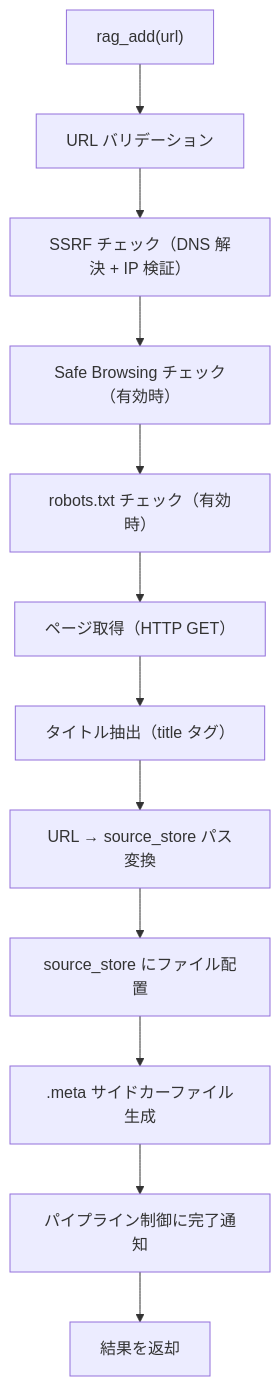
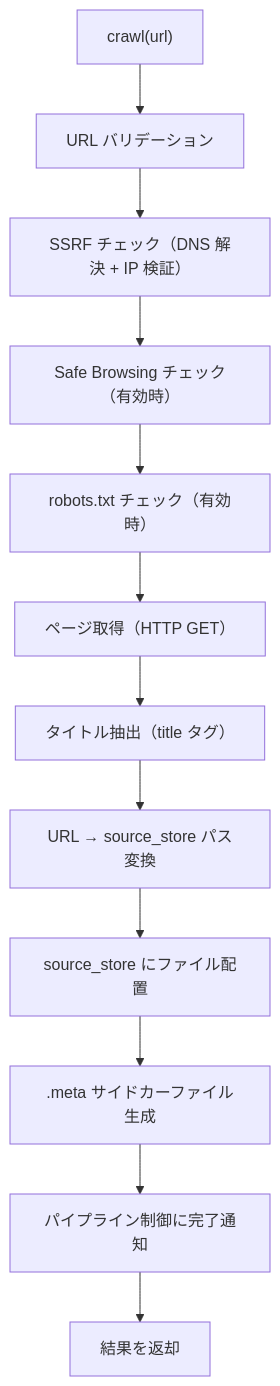
One commit to becky3/rag-knowledge changed the second of 4 diagrams in docs/specs/ingesters/web.md. Above: the diagram before and after it, drawn with Mermaid. The commit also changed other lines of this file and 32 other files, not shown here.

Commit message:
chore: 非推奨ツール rag_add/rag_crawl/rag_crawl_preview の削除とデッドコード一括削除 (#482)

````diff
--- a/docs/specs/ingesters/web.md
+++ b/docs/specs/ingesters/web.md
@@ -300,27 +261,27 @@
 ```mermaid
 flowchart TD
-    START["rag_add(url)"]
+    START["crawl(url)"]
     VALIDATE["URL バリデーション"]
     SSRF["SSRF チェック（DNS 解決 + IP 検証）"]
     SAFETY["Safe Browsing チェック（有効時）"]
     ROBOTS["robots.txt チェック（有効時）"]
     FETCH["ページ取得（HTTP GET）"]
     TITLE["タイトル抽出（title タグ）"]
     PATH["URL → source_store パス変換"]
     SAVE["source_store にファイル配置"]
     META[".meta サイドカーファイル生成"]
     NOTIFY["パイプライン制御に完了通知"]
     RESULT["結果を返却"]
 
     START --> VALIDATE
     VALIDATE --> SSRF
     SSRF --> SAFETY
     SAFETY --> ROBOTS
     ROBOTS --> FETCH
     FETCH --> TITLE
     TITLE --> PATH
     PATH --> SAVE
     SAVE --> META
     META --> NOTIFY
     NOTIFY --> RESULT
 ```
````
